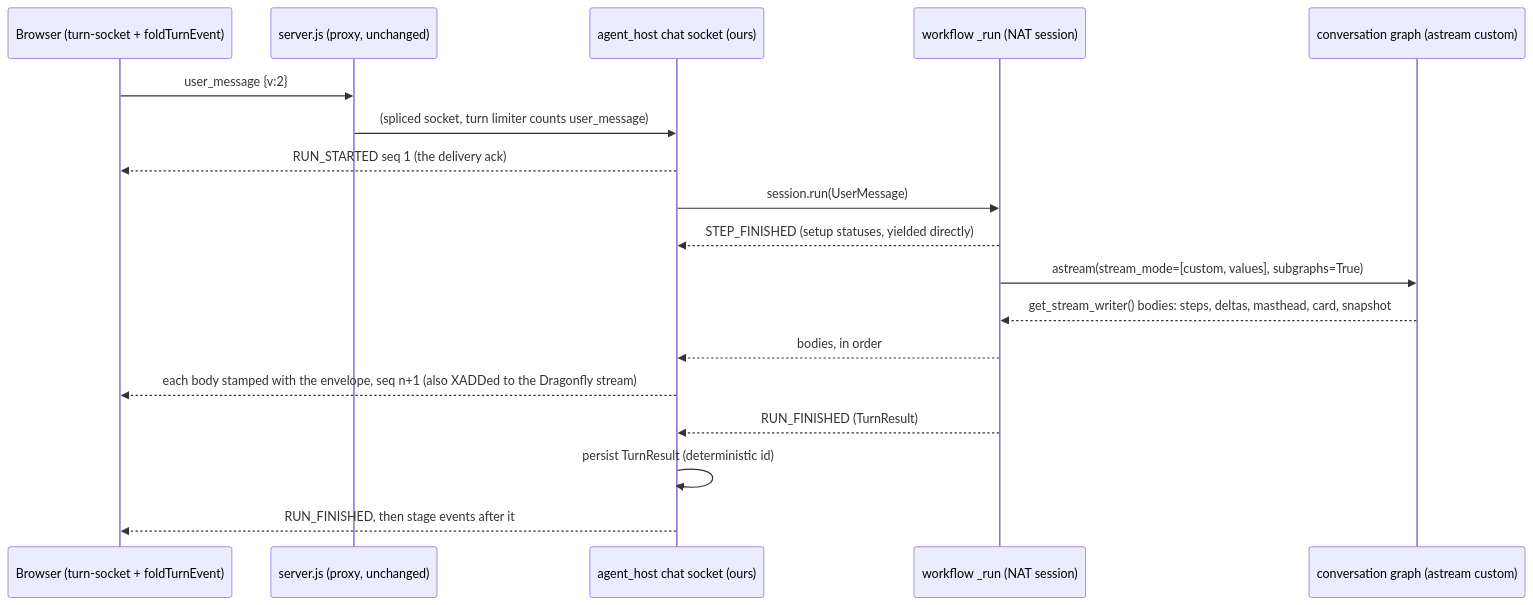
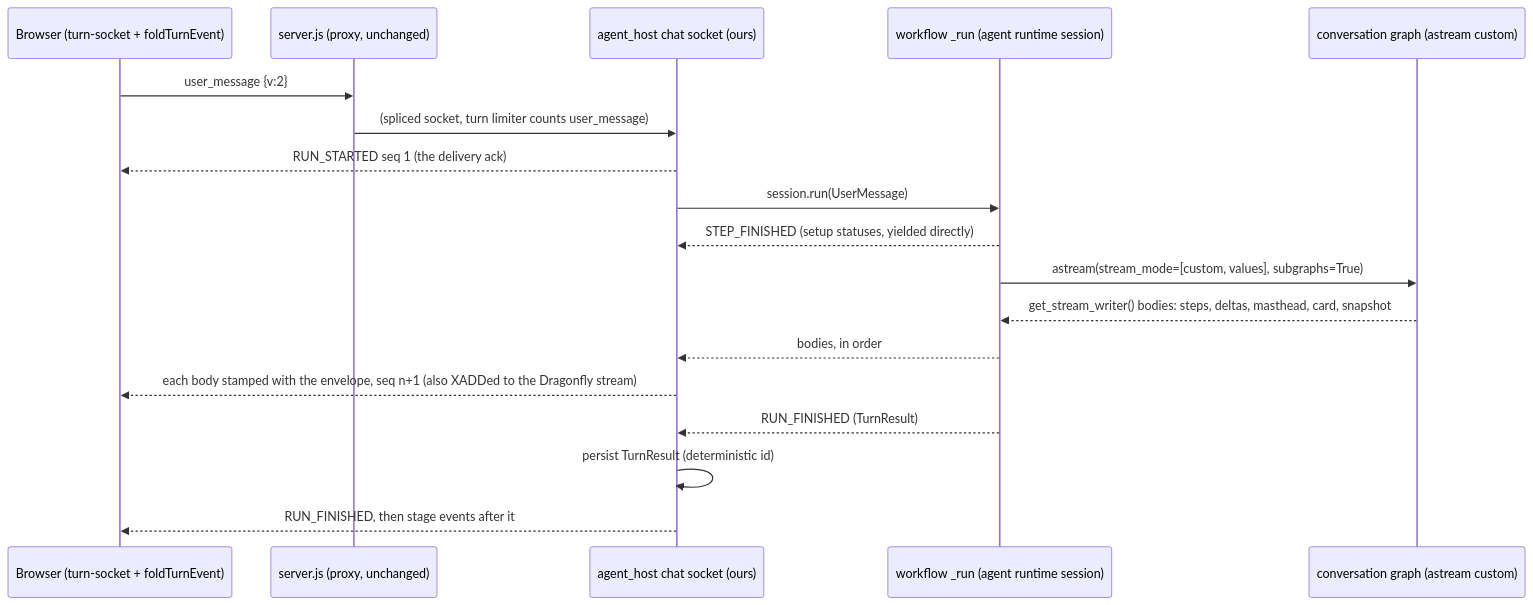
Before and after one commit to GRID-check/archos: the diagram in docs/design/chat-wire-v2.md, drawn with Mermaid. The commit also changed other lines of this file and 97 other files, not shown here.

First line of the commit message:
docs: use the current names and describe the agent runtime neutrally (#1431)

````diff
--- a/docs/design/chat-wire-v2.md
+++ b/docs/design/chat-wire-v2.md
@@ -44,20 +44,20 @@
 ```mermaid
 sequenceDiagram
     participant B as Browser (turn-socket + foldTurnEvent)
     participant P as server.js (proxy, unchanged)
     participant H as agent_host chat socket (ours)
-    participant W as workflow _run (NAT session)
+    participant W as workflow _run (agent runtime session)
     participant G as conversation graph (astream custom)
     B->>P: user_message {v:2}
     P->>H: (spliced socket, turn limiter counts user_message)
     H-->>B: RUN_STARTED seq 1 (the delivery ack)
     H->>W: session.run(UserMessage)
     W-->>H: STEP_FINISHED (setup statuses, yielded directly)
     W->>G: astream(stream_mode=[custom, values], subgraphs=True)
     G-->>W: get_stream_writer() bodies: steps, deltas, masthead, card, snapshot
     W-->>H: bodies, in order
     H-->>B: each body stamped with the envelope, seq n+1 (also XADDed to the Dragonfly stream)
     W-->>H: RUN_FINISHED (TurnResult)
     H->>H: persist TurnResult (deterministic id)
     H-->>B: RUN_FINISHED, then stage events after it
 ```
````
